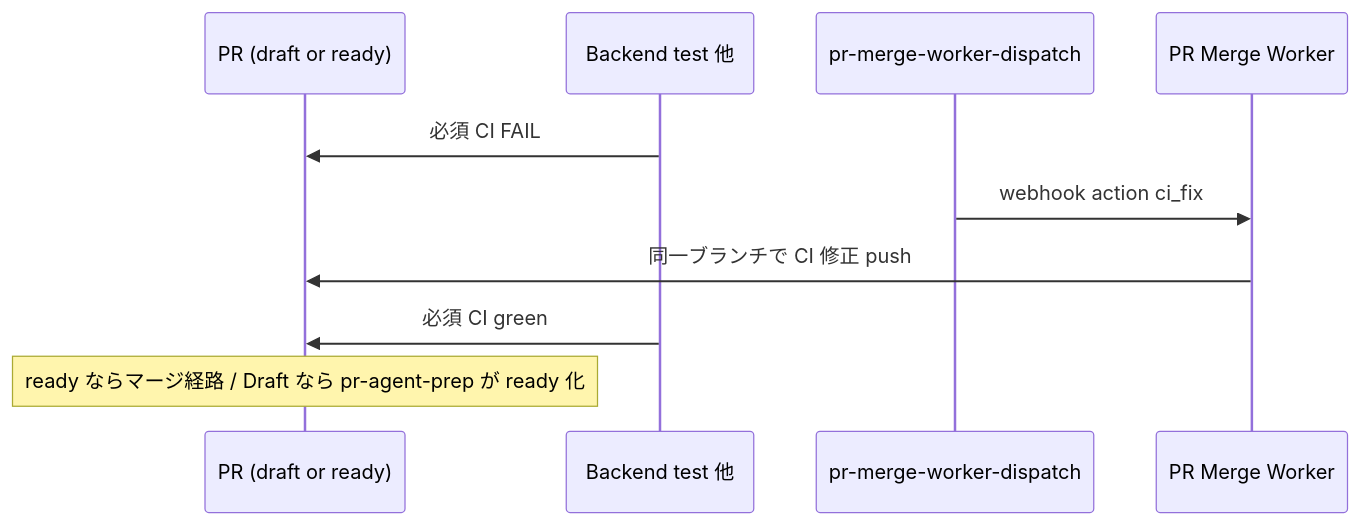
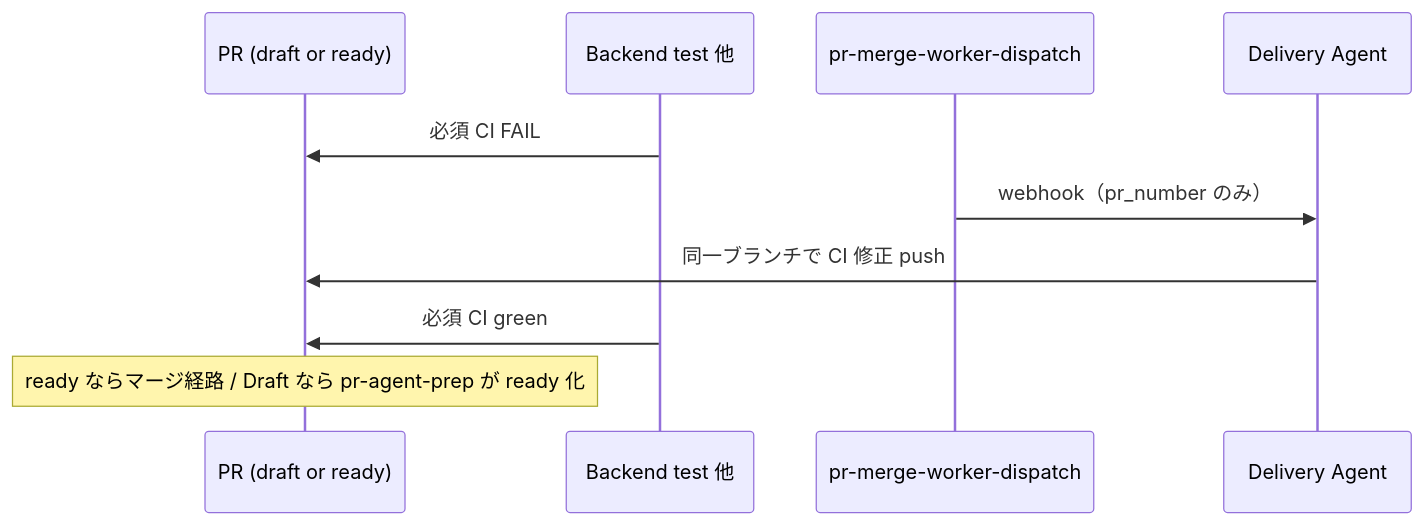
Before and after one commit to rick-chick/agrr: the third of 3 diagrams in docs/automation/CURSOR-AUTOMATION-AND-GITHUB-WORKFLOWS.md, drawn with Mermaid. The commit also changed other lines of this file and 29 other files, not shown here.

First line of the commit message:
feat(automation): Delivery Agent 統合（Issue/Merge Worker 廃止） (#428)

````diff
--- a/docs/automation/CURSOR-AUTOMATION-AND-GITHUB-WORKFLOWS.md
+++ b/docs/automation/CURSOR-AUTOMATION-AND-GITHUB-WORKFLOWS.md
@@ -119,13 +110,13 @@
 ```mermaid
 sequenceDiagram
   participant GH as PR (draft or ready)
   participant CI as Backend test 他
   participant PMD as pr-merge-worker-dispatch
-  participant PMW as PR Merge Worker
+  participant DA as Delivery Agent
 
   CI->>GH: 必須 CI FAIL
-  PMD->>PMW: webhook action ci_fix
-  PMW->>GH: 同一ブランチで CI 修正 push
+  PMD->>DA: webhook（pr_number のみ）
+  DA->>GH: 同一ブランチで CI 修正 push
   CI->>GH: 必須 CI green
   Note over GH: ready ならマージ経路 / Draft なら pr-agent-prep が ready 化
 ```
````
